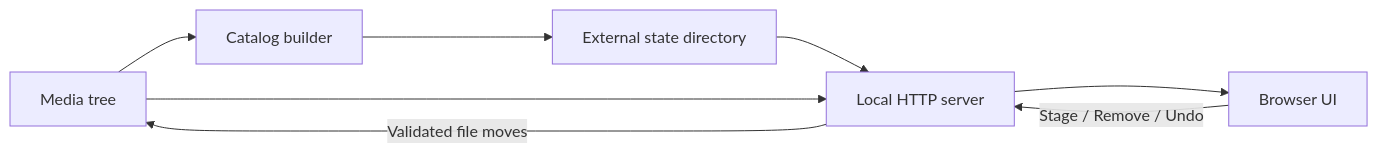
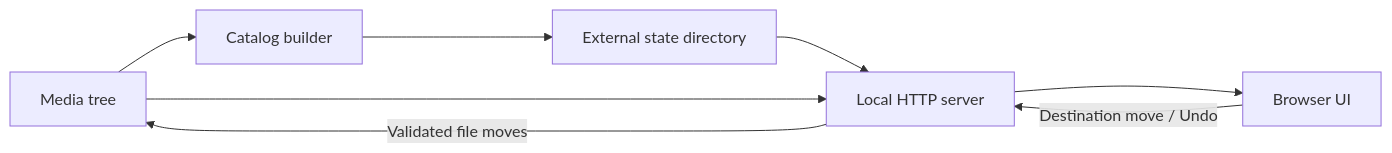
The diagram in docs/ARCHITECTURE.md (marqueymarc/slidesorter), drawn with Mermaid before and after one commit. The commit also changed other lines of this file and 25 other files, not shown here.

````diff
--- a/docs/ARCHITECTURE.md
+++ b/docs/ARCHITECTURE.md
@@ -7,10 +7,10 @@
 ```mermaid
 flowchart LR
   A["Media tree"] --> B["Catalog builder"]
   B --> C["External state directory"]
   C --> D["Local HTTP server"]
   A --> D
   D --> E["Browser UI"]
-  E -->|"Stage / Remove / Undo"| D
+  E -->|"Destination move / Undo"| D
   D -->|"Validated file moves"| A
 ```
````
